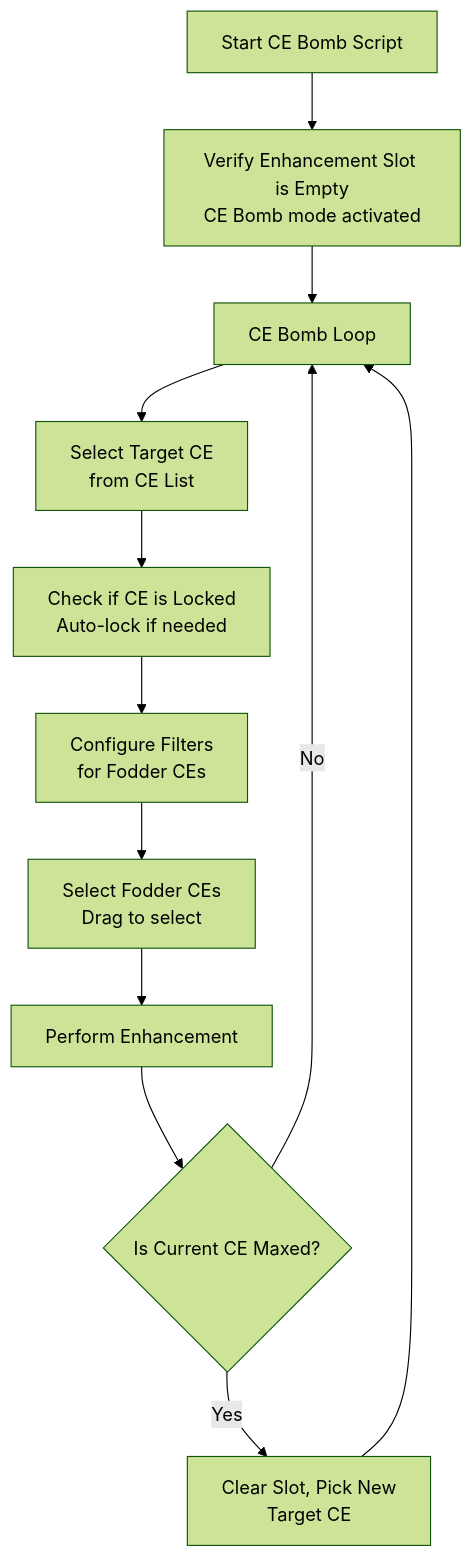
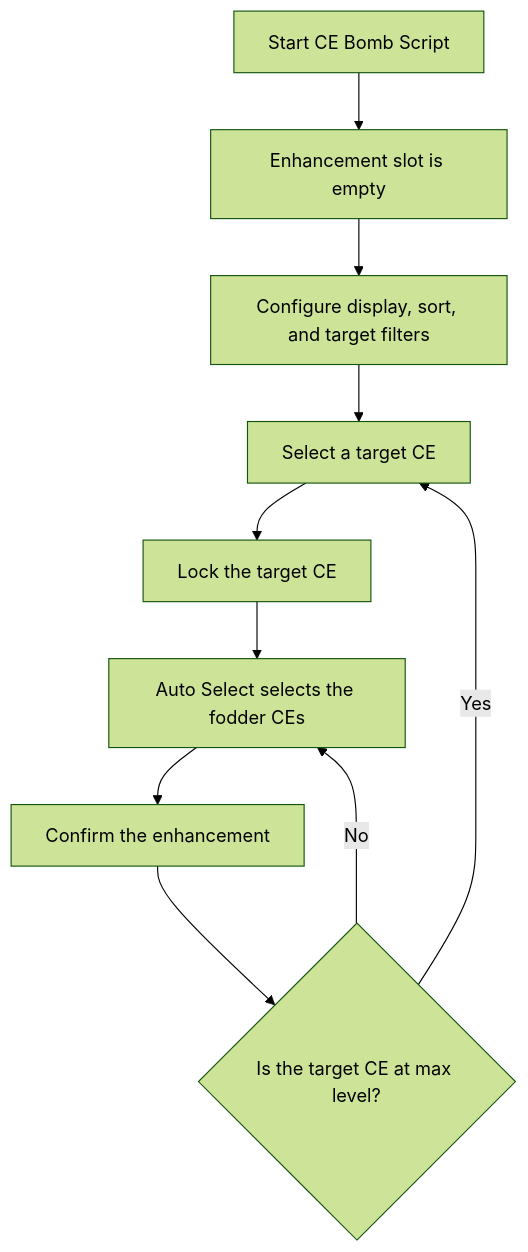
The diagram in docs/scripts/auto-ce-exp-bomb.md (ArthurKun21/FGA-Preview-Build), drawn with Mermaid (forest theme) before and after one commit. The commit also changed other lines of this file and 105 other files, not shown here.

````diff
--- a/docs/scripts/auto-ce-exp-bomb.md
+++ b/docs/scripts/auto-ce-exp-bomb.md
@@ -39,14 +41,12 @@
 ```mermaid
 flowchart TD
-    A[Start CE Bomb Script] --> B[Verify Enhancement Slot is Empty<br/>CE Bomb mode activated]
-    B --> C[CE Bomb Loop]
-    C --> D[Select Target CE<br/>from CE List]
-    D --> E[Check if CE is Locked<br/>Auto-lock if needed]
-    E --> F[Configure Filters<br/>for Fodder CEs]
-    F --> G[Select Fodder CEs<br/>Drag to select]
-    G --> H[Perform Enhancement]
-    H --> I{Is Current CE Maxed?}
-    I -->|No| C
-    I -->|Yes| J[Clear Slot, Pick New<br/>Target CE]
-    J --> C
+    A[Start CE Bomb Script] --> B[Enhancement slot is empty]
+    B --> C[Configure display, sort, and target filters]
+    C --> D[Select a target CE]
+    D --> E[Lock the target CE]
+    E --> F[Auto Select selects the fodder CEs]
+    F --> G[Confirm the enhancement]
+    G --> H{Is the target CE at max level?}
+    H -->|No| F
+    H -->|Yes| D
 ```
````
